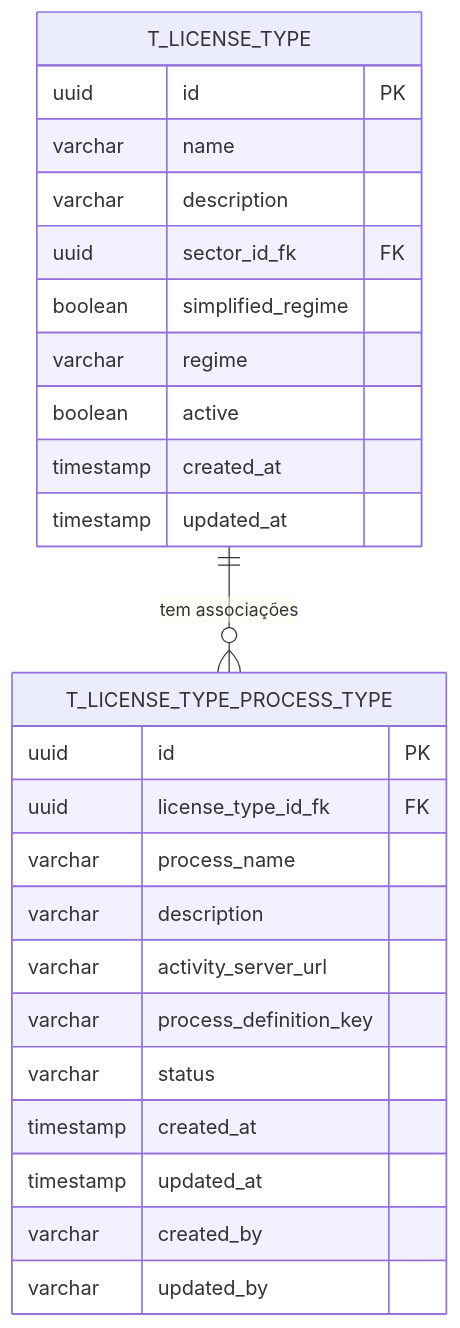
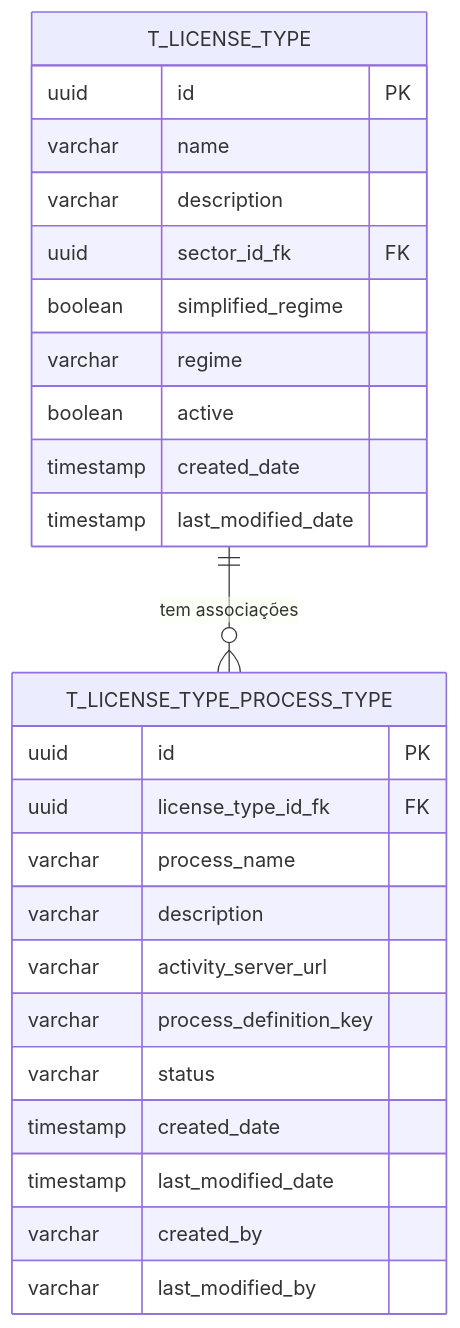
One commit to TA-Digital-CV/licenciamento-backend changed the diagram in .trae/documents/PR01.04-BE-LIC-Dossier-Tipo-Licenca-Associacao-Tipo-Processos.md. Above: the diagram before and after it, drawn with Mermaid. The commit also changed other lines of this file and 16 other files, not shown here.

First line of the commit message:
refactor(database): standardize timestamp column names to created_date and last_modified_date

````diff
--- a/.trae/documents/PR01.04-BE-LIC-Dossier-Tipo-Licenca-Associacao-Tipo-Processos.md
+++ b/.trae/documents/PR01.04-BE-LIC-Dossier-Tipo-Licenca-Associacao-Tipo-Processos.md
@@ -25,29 +25,29 @@
 ```mermaid
 erDiagram
     T_LICENSE_TYPE ||--o{ T_LICENSE_TYPE_PROCESS_TYPE : "tem associações"
     T_LICENSE_TYPE_PROCESS_TYPE {
         uuid id PK
         uuid license_type_id_fk FK
         varchar process_name
         varchar description
         varchar activity_server_url
         varchar process_definition_key
         varchar status
-        timestamp created_at
-        timestamp updated_at
+        timestamp created_date
+        timestamp last_modified_date
         varchar created_by
-        varchar updated_by
+        varchar last_modified_by
     }
 
     T_LICENSE_TYPE {
         uuid id PK
         varchar name
         varchar description
         uuid sector_id_fk FK
         boolean simplified_regime
         varchar regime
         boolean active
-        timestamp created_at
-        timestamp updated_at
+        timestamp created_date
+        timestamp last_modified_date
     }
 ```
````
